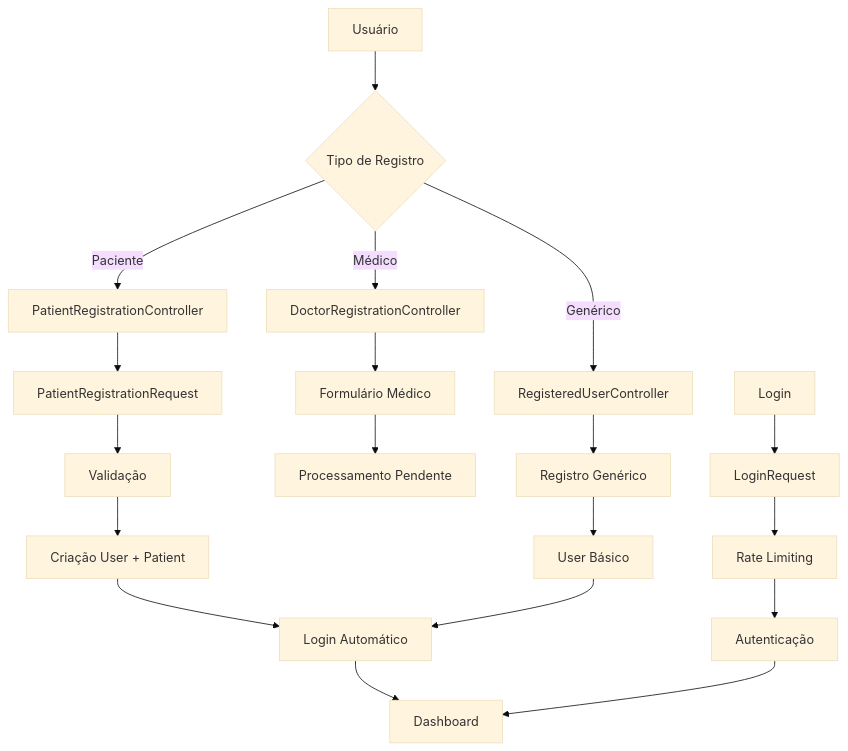
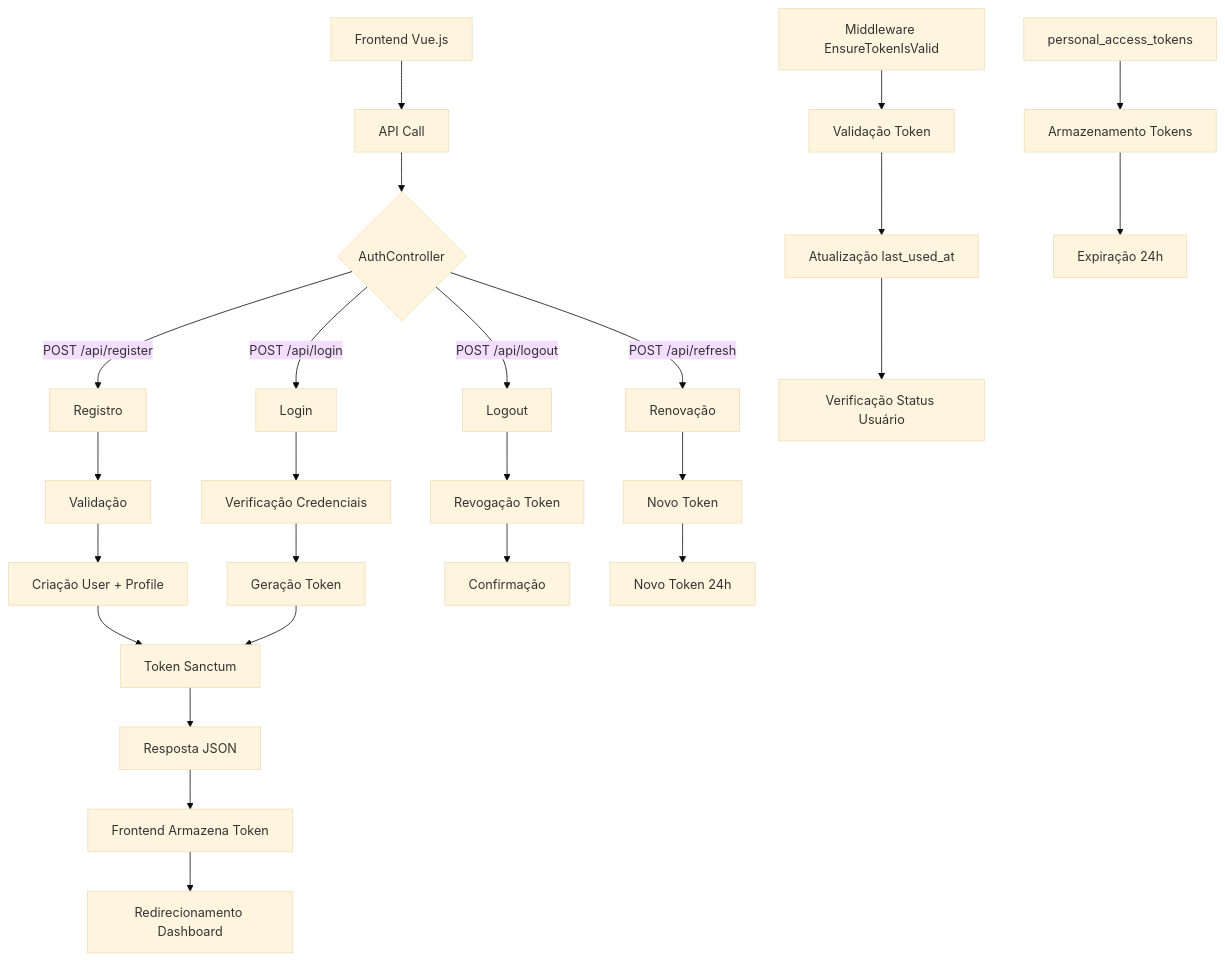
The diagram in docs/modules/auth/RegistrationLogic.md (Audri-Rian/TelemedicinaParaTodos), drawn with Mermaid (base theme) before and after one commit. The commit also changed other lines of this file and 46 other files, not shown here.

Commit message:
Implementação do Sanctum no meu sistema de autenticação para salvamento de tokens e futuramente configuração no front-end

````diff
--- a/docs/modules/auth/RegistrationLogic.md
+++ b/docs/modules/auth/RegistrationLogic.md
@@ -88,25 +143,33 @@
 ```mermaid
 graph TD
-    A[Usuário] --> B{Tipo de Registro}
-    B -->|Paciente| C[PatientRegistrationController]
-    B -->|Médico| D[DoctorRegistrationController]
-    B -->|Genérico| E[RegisteredUserController]
+    A[Frontend Vue.js] --> B[API Call]
+    B --> C{AuthController}
     
-    C --> F[PatientRegistrationRequest]
-    F --> G[Validação]
-    G --> H[Criação User + Patient]
-    H --> I[Login Automático]
-    I --> J[Dashboard]
+    C -->|POST /api/register| D[Registro]
+    C -->|POST /api/login| E[Login]
+    C -->|POST /api/logout| F[Logout]
+    C -->|POST /api/refresh| G[Renovação]
     
-    D --> K[Formulário Médico]
-    K --> L[Processamento Pendente]
+    D --> H[Validação]
+    E --> I[Verificação Credenciais]
+    F --> J[Revogação Token]
+    G --> K[Novo Token]
     
-    E --> M[Registro Genérico]
-    M --> N[User Básico]
-    N --> I
+    H --> L[Criação User + Profile]
+    I --> M[Geração Token]
+    J --> N[Confirmação]
+    K --> O[Novo Token 24h]
     
-    O[Login] --> P[LoginRequest]
-    P --> Q[Rate Limiting]
-    Q --> R[Autenticação]
-    R --> J
+    L --> P[Token Sanctum]
+    M --> P
+    P --> Q[Resposta JSON]
+    Q --> R[Frontend Armazena Token]
+    R --> S[Redirecionamento Dashboard]
+    
+    T[Middleware EnsureTokenIsValid] --> U[Validação Token]
+    U --> V[Atualização last_used_at]
+    V --> W[Verificação Status Usuário]
+    
+    X[personal_access_tokens] --> Y[Armazenamento Tokens]
+    Y --> Z[Expiração 24h]
 ```
````
